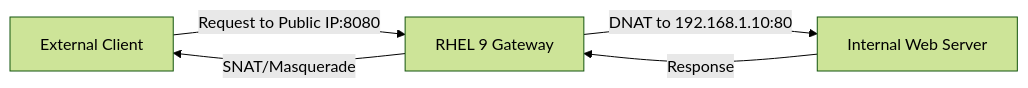
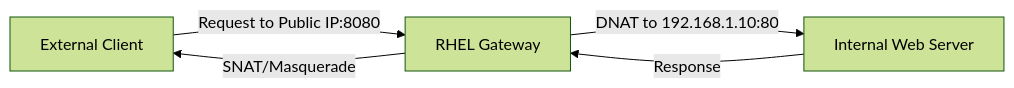
Before and after one commit to OneUptime/blog: the diagram in posts/2026-03-04-set-up-port-forwarding-nftables-rhel-9/README.md, drawn with Mermaid (forest theme). The commit also changed other lines of this file and 4866 other files, not shown here.

````diff
--- a/posts/2026-03-04-set-up-port-forwarding-nftables-rhel-9/README.md
+++ b/posts/2026-03-04-set-up-port-forwarding-nftables-rhel-9/README.md
@@ -29,7 +29,7 @@
 ```mermaid
 graph LR
-    A[External Client] -->|Request to Public IP:8080| B[RHEL 9 Gateway]
+    A[External Client] -->|Request to Public IP:8080| B[RHEL Gateway]
     B -->|DNAT to 192.168.1.10:80| C[Internal Web Server]
     C -->|Response| B
     B -->|SNAT/Masquerade| A
 ```
````
